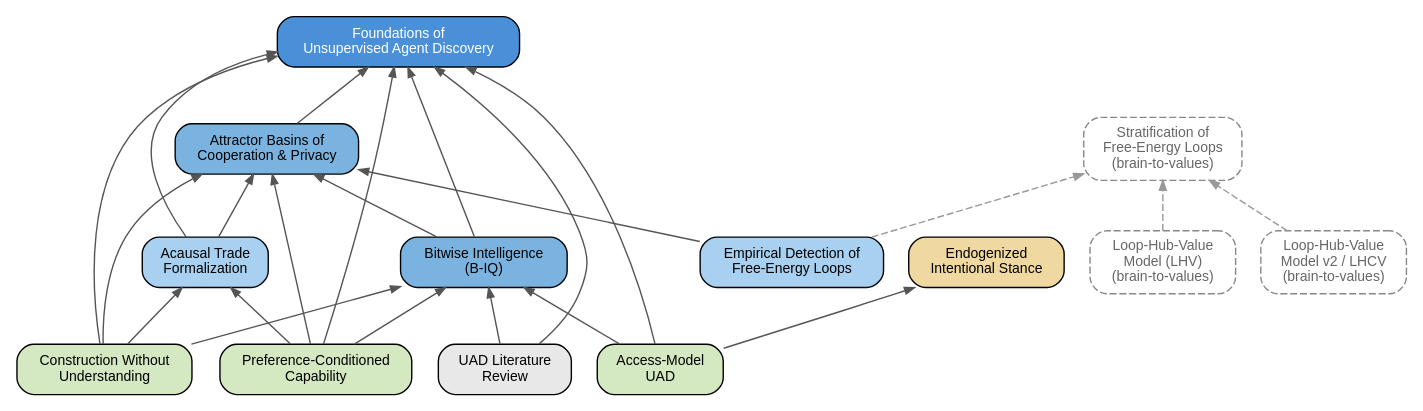
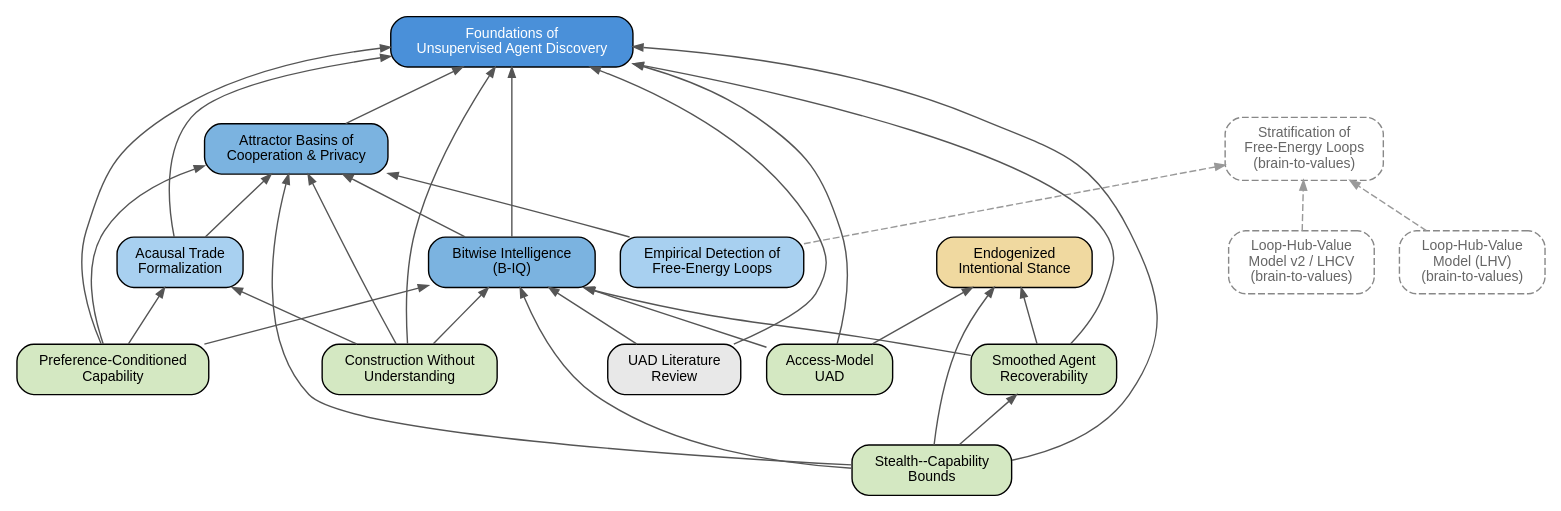
One commit to GunnarZarncke/agency-detect changed the diagram in docs/papers/paper-dependencies.dot. Above: the diagram before and after it, drawn with Graphviz. The commit also changed 11 other files, not shown here.

First line of the commit message:
Add smooth-UAD and stealth papers with shared bibliography builds

```diff
--- a/docs/papers/paper-dependencies.dot
+++ b/docs/papers/paper-dependencies.dot
@@ -1,60 +1,72 @@
 digraph paper_dependencies {
     rankdir=BT;
     fontname="Helvetica";
     node [shape=box, style="rounded,filled", fontname="Helvetica", fontsize=10, margin="0.15,0.08"];
     edge [color="#555555", arrowsize=0.7];
 
     // Foundation papers
     UAD  [label="Foundations of\nUnsupervised Agent Discovery", fillcolor="#4A90D9", fontcolor="white"];
 
     // Second-tier papers (build directly on foundations)
     ABC  [label="Attractor Basins of\nCooperation & Privacy", fillcolor="#7BB3E0"];
     BIQ  [label="Bitwise Intelligence\n(B-IQ)", fillcolor="#7BB3E0"];
 
     // Third-tier papers
     ACT  [label="Acausal Trade\nFormalization", fillcolor="#A8D0F0"];
     APP  [label="Empirical Detection of\nFree-Energy Loops", fillcolor="#A8D0F0"];
 
     // Extension / integrative papers
     ACC  [label="Access-Model\nUAD", fillcolor="#D4E8C2"];
+    SCB  [label="Stealth--Capability\nBounds", fillcolor="#D4E8C2"];
+    SMU  [label="Smoothed Agent\nRecoverability", fillcolor="#D4E8C2"];
     PCC  [label="Preference-Conditioned\nCapability", fillcolor="#D4E8C2"];
     CWU  [label="Construction Without\nUnderstanding", fillcolor="#D4E8C2"];
     LIT  [label="UAD Literature\nReview", fillcolor="#E8E8E8"];
     EIS  [label="Endogenized\nIntentional Stance", fillcolor="#F0D9A0"];
 
     // Papers in brain-to-values repo (dashed border)
     FEL  [label="Stratification of\nFree-Energy Loops\n(brain-to-values)", fillcolor="white", style="rounded,dashed", color="#888888", fontcolor="#666666"];
     LHV  [label="Loop-Hub-Value\nModel (LHV)\n(brain-to-values)", fillcolor="white", style="rounded,dashed", color="#888888", fontcolor="#666666"];
     LHV2 [label="Loop-Hub-Value\nModel v2 / LHCV\n(brain-to-values)", fillcolor="white", style="rounded,dashed", color="#888888", fontcolor="#666666"];
 
     // Edges: citing paper → cited paper
     ABC -> UAD;
     BIQ -> UAD;
     BIQ -> ABC;
 
     ACT -> UAD;
     ACT -> ABC;
 
     APP -> FEL [style=dashed, color="#999999"];
     APP -> ABC;
 
     LHV  -> FEL [style=dashed, color="#999999"];
     LHV2 -> FEL [style=dashed, color="#999999"];
 
     LIT -> UAD;
     LIT -> BIQ;
 
     PCC -> UAD;
     PCC -> BIQ;
     PCC -> ABC;
     PCC -> ACT;
 
     CWU -> UAD;
     CWU -> BIQ;
     CWU -> ABC;
     CWU -> ACT;
 
     ACC -> UAD;
     ACC -> EIS;
     ACC -> BIQ;
+
+    SCB -> UAD;
+    SCB -> BIQ;
+    SCB -> ABC;
+    SCB -> EIS;
+    SCB -> SMU;
+
+    SMU -> UAD;
+    SMU -> BIQ;
+    SMU -> EIS;
 }
```
